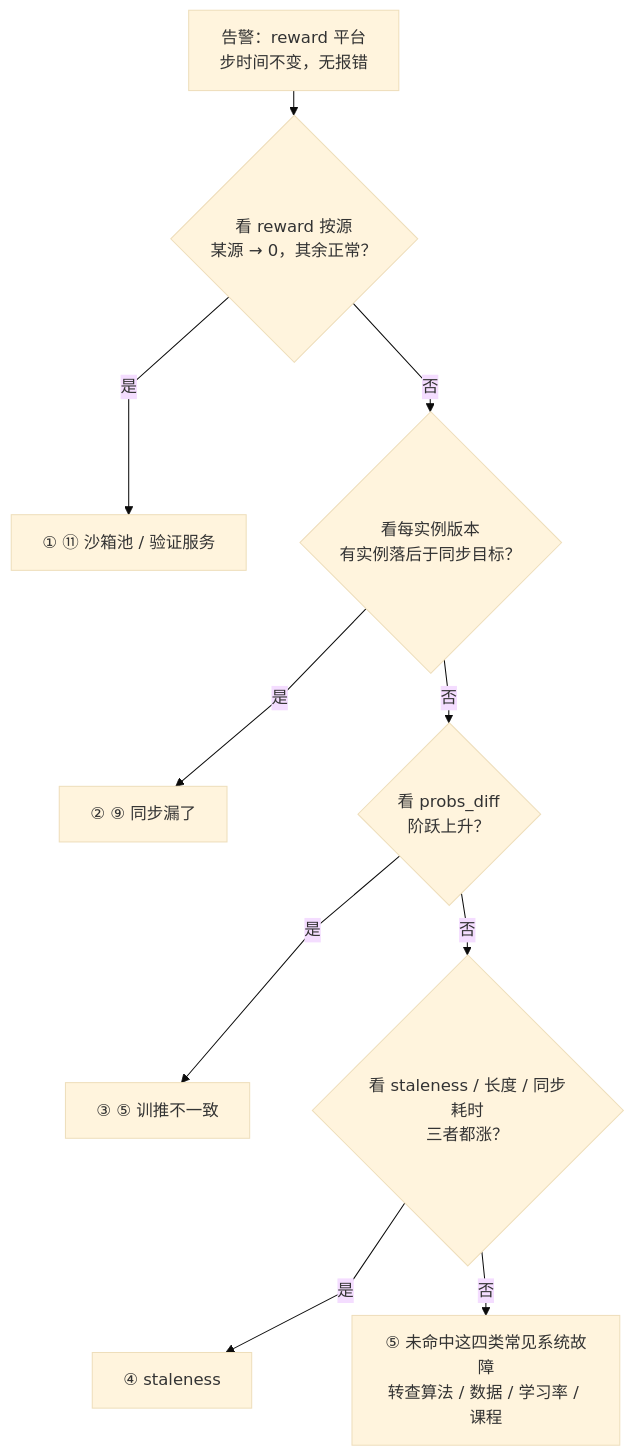
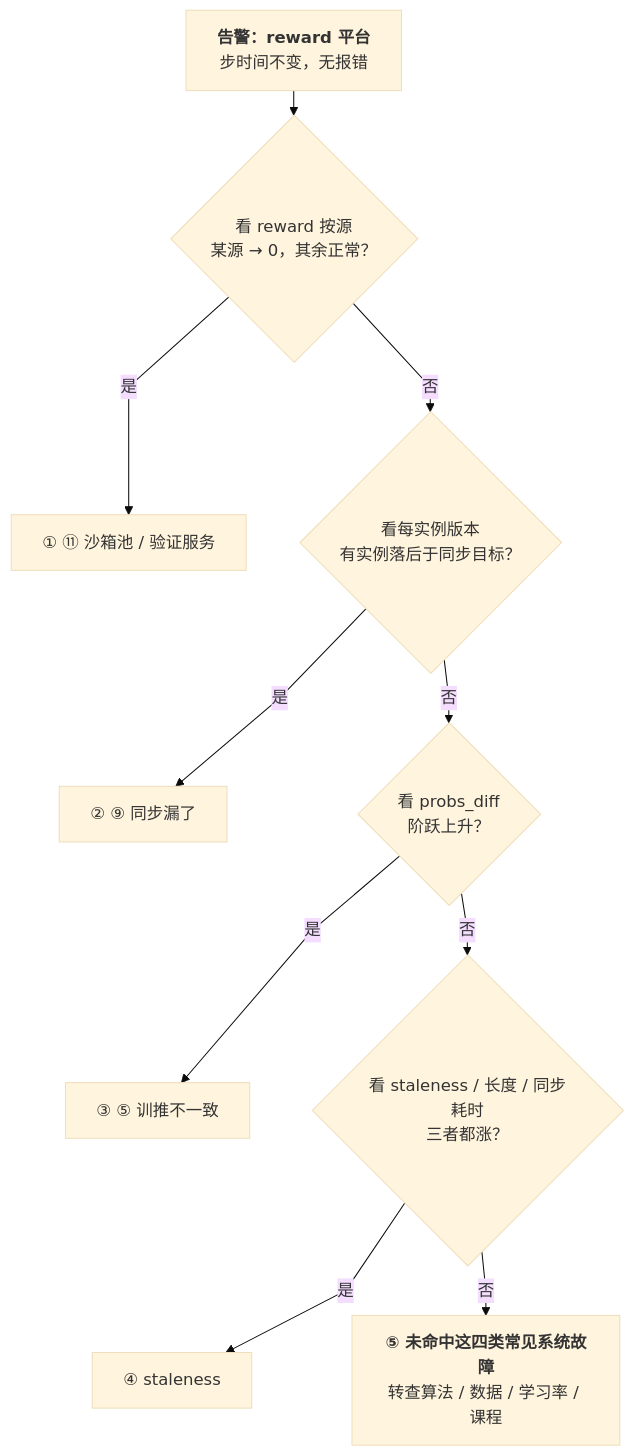
Before and after one commit to arganzheng/arganzheng.github.com: the second of 2 diagrams in _posts/2026-09-03-rl-post-training-configuration-observability-and-troubleshooting.md, drawn with Mermaid (base theme). The commit also changed 1 other file, not shown here.

Commit message:
RL 后训练基础设施：rollout 与训练如何共享一组 GPU：Mermaid 多行方框的首行标为标题（2 篇）
只在标签开头加 <b>…</b>，文字不变；长句、断句续行、代码 / 推演步骤、
并列行和判断菱形保持原样。

````diff
--- a/_posts/2026-09-03-rl-post-training-configuration-observability-and-troubleshooting.md
+++ b/_posts/2026-09-03-rl-post-training-configuration-observability-and-troubleshooting.md
@@ -407,15 +407,15 @@
 ```mermaid
 %% 图：那十分钟的诊断流程
 %%{init: {"flowchart": {"curve": "linear", "rankSpacing": 24, "nodeSpacing": 24}}}%%
 flowchart TB
-    A["告警：reward 平台<br/>步时间不变，无报错"] --> R{"看 reward 按源<br/>某源 → 0，其余正常？"}
+    A["<b>告警：reward 平台</b><br/>步时间不变，无报错"] --> R{"看 reward 按源<br/>某源 → 0，其余正常？"}
     R -->|是| RF["① ⑪ 沙箱池 / 验证服务"]
     R -->|否| V{"看每实例版本<br/>有实例落后于同步目标？"}
     V -->|是| VF["② ⑨ 同步漏了"]
     V -->|否| P{"看 probs_diff<br/>阶跃上升？"}
     P -->|是| PF["③ ⑤ 训推不一致"]
     P -->|否| S{"看 staleness / 长度 / 同步耗时<br/>三者都涨？"}
     S -->|是| SF["④ staleness"]
-    S -->|否| N["⑤ 未命中这四类常见系统故障<br/>转查算法 / 数据 / 学习率 / 课程"]
+    S -->|否| N["<b>⑤ 未命中这四类常见系统故障</b><br/>转查算法 / 数据 / 学习率 / 课程"]
     RF ~~~ VF ~~~ PF ~~~ SF
 ```
````
